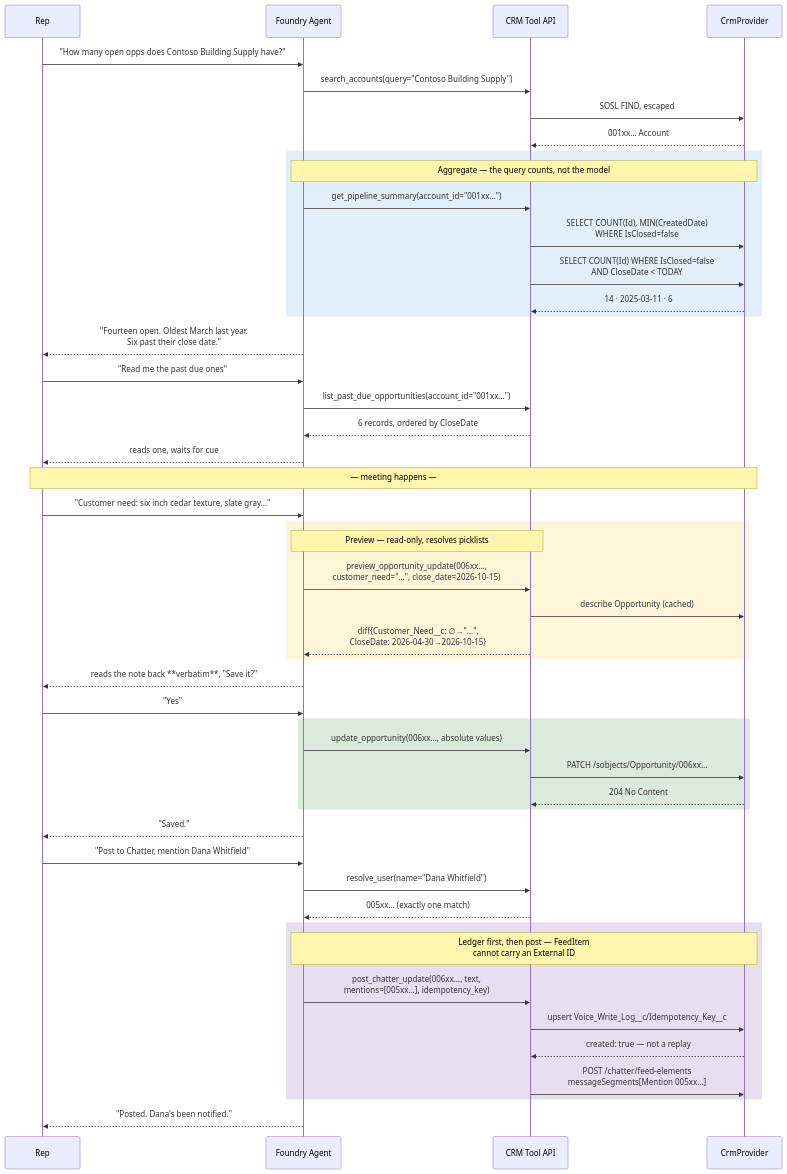
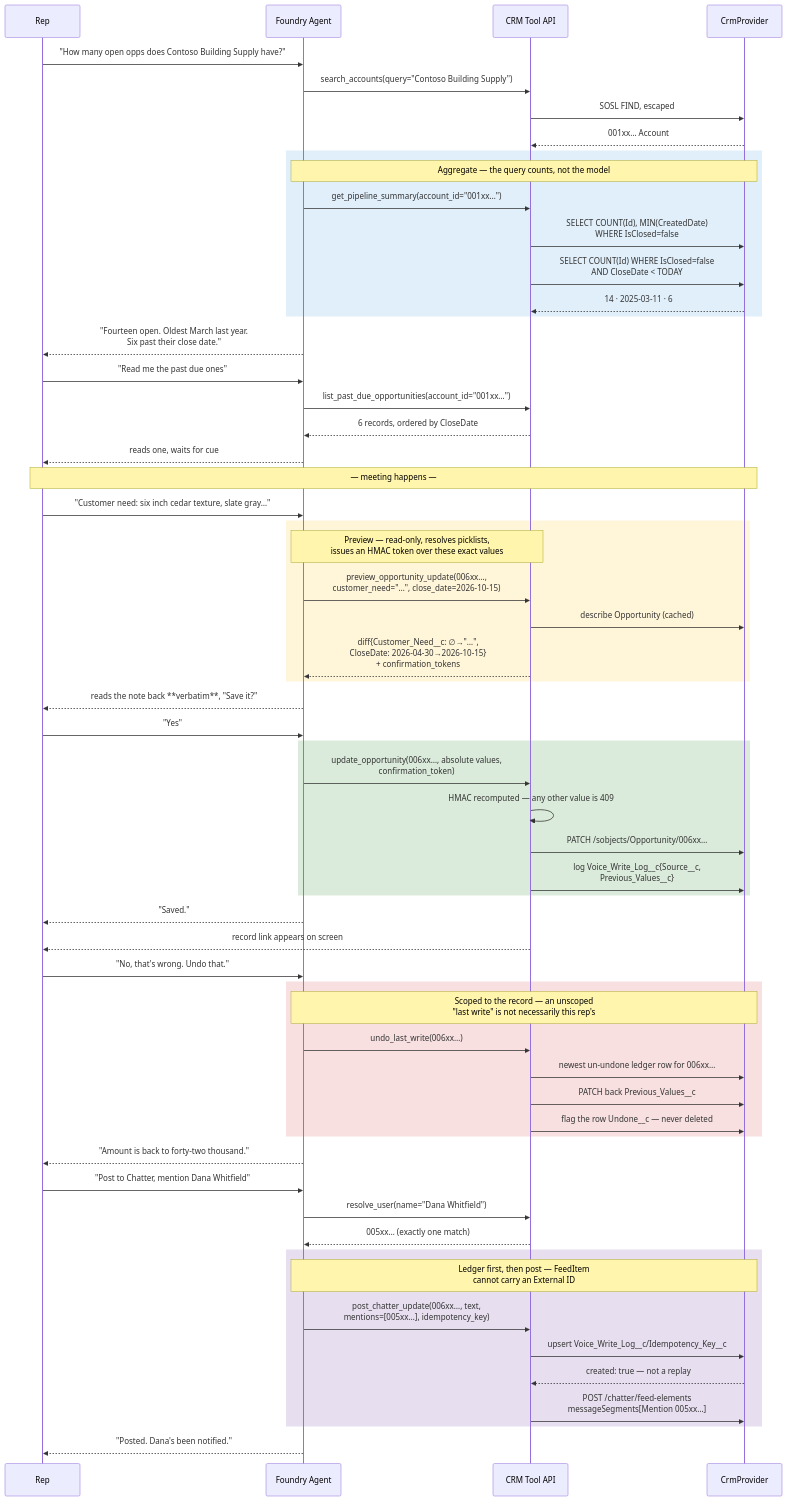
Before and after one commit to mikefelder/foundry-voice-agent-crm-poc: the third of 7 diagrams in README.md, drawn with Mermaid. The commit also changed other lines of this file and 19 other files, not shown here.

First line of the commit message:
feat: implement undo functionality for last write operations

````diff
--- a/README.md
+++ b/README.md
@@ -204,56 +212,68 @@
 ```mermaid
 sequenceDiagram
     participant R as Rep
     participant A as Foundry Agent
     participant T as CRM Tool API
     participant D as CrmProvider
 
     R->>A: "How many open opps does Contoso Building Supply have?"
     A->>T: search_accounts(query="Contoso Building Supply")
     T->>D: SOSL FIND, escaped
     D-->>T: 001xx… Account
     rect rgba(0,120,212,0.12)
         Note over A,D: Aggregate — the query counts, not the model
         A->>T: get_pipeline_summary(account_id="001xx…")
         T->>D: SELECT COUNT(Id), MIN(CreatedDate)<br/>WHERE IsClosed=false
         T->>D: SELECT COUNT(Id) WHERE IsClosed=false<br/>AND CloseDate < TODAY
         D-->>T: 14 · 2025-03-11 · 6
     end
     A-->>R: "Fourteen open. Oldest March last year.<br/>Six past their close date."
 
     R->>A: "Read me the past due ones"
     A->>T: list_past_due_opportunities(account_id="001xx…")
     T-->>A: 6 records, ordered by CloseDate
     A-->>R: reads one, waits for cue
 
     Note over R,D: — meeting happens —
 
     R->>A: "Customer need: six inch cedar texture, slate gray…"
     rect rgba(255,193,7,0.15)
-        Note over A,T: Preview — read-only, resolves picklists
+        Note over A,T: Preview — read-only, resolves picklists,<br/>issues an HMAC token over these exact values
         A->>T: preview_opportunity_update(006xx…,<br/>customer_need="…", close_date=2026-10-15)
         T->>D: describe Opportunity (cached)
-        T-->>A: diff{Customer_Need__c: ∅→"…",<br/>CloseDate: 2026-04-30→2026-10-15}
+        T-->>A: diff{Customer_Need__c: ∅→"…",<br/>CloseDate: 2026-04-30→2026-10-15}<br/>+ confirmation_tokens
     end
     A-->>R: reads the note back **verbatim**, "Save it?"
 
     R->>A: "Yes"
     rect rgba(16,124,16,0.15)
-        A->>T: update_opportunity(006xx…, absolute values)
+        A->>T: update_opportunity(006xx…, absolute values,<br/>confirmation_token)
+        T->>T: HMAC recomputed — any other value is 409
         T->>D: PATCH /sobjects/Opportunity/006xx…
-        D-->>T: 204 No Content
+        T->>D: log Voice_Write_Log__c{Source__c,<br/>Previous_Values__c}
     end
     A-->>R: "Saved."
+    T-->>R: record link appears on screen
+
+    R->>A: "No, that's wrong. Undo that."
+    rect rgba(209,52,56,0.15)
+        Note over A,D: Scoped to the record — an unscoped<br/>"last write" is not necessarily this rep's
+        A->>T: undo_last_write(006xx…)
+        T->>D: newest un-undone ledger row for 006xx…
+        T->>D: PATCH back Previous_Values__c
+        T->>D: flag the row Undone__c — never deleted
+    end
+    A-->>R: "Amount is back to forty-two thousand."
 
     R->>A: "Post to Chatter, mention Dana Whitfield"
     A->>T: resolve_user(name="Dana Whitfield")
     T-->>A: 005xx… (exactly one match)
     rect rgba(92,45,145,0.15)
         Note over A,D: Ledger first, then post — FeedItem<br/>cannot carry an External ID
         A->>T: post_chatter_update(006xx…, text,<br/>mentions=[005xx…], idempotency_key)
         T->>D: upsert Voice_Write_Log__c/Idempotency_Key__c
         D-->>T: created: true — not a replay
         T->>D: POST /chatter/feed-elements<br/>messageSegments[Mention 005xx…]
     end
     A-->>R: "Posted. Dana's been notified."
 ```
````
